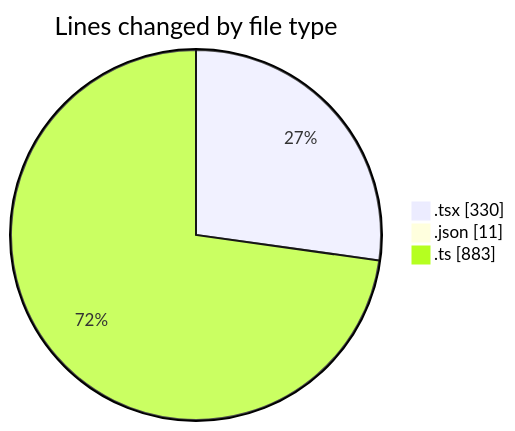
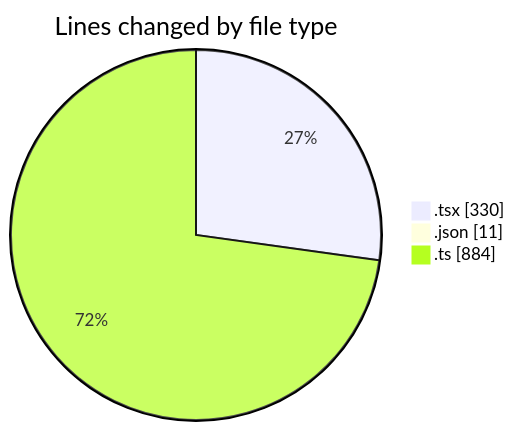
Before and after one commit to momahboobian/code-tracking: the first of 2 diagrams in 2025-05-12/cda/README.md, drawn with Mermaid. The commit also changed other lines of this file and 1 other file, not shown here.

````diff
--- a/2025-05-12/cda/README.md
+++ b/2025-05-12/cda/README.md
@@ -31,7 +31,7 @@
 ```mermaid
 pie showData
 title Lines changed by file type
 ".tsx" : 330
 ".json" : 11
-".ts" : 883
+".ts" : 884
 ```
````
